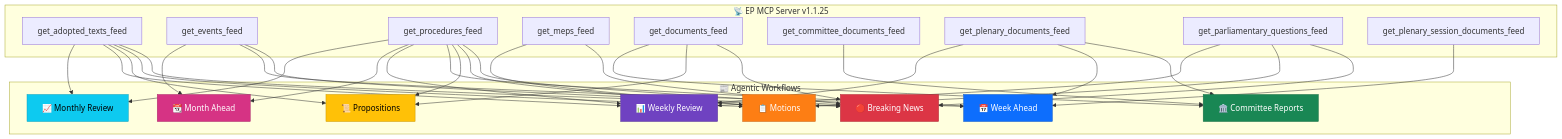
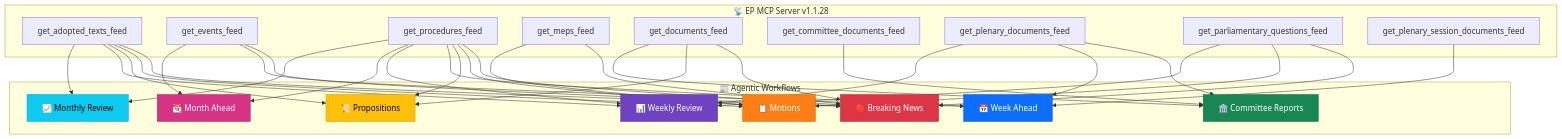
Before and after one commit to Hack23/euparliamentmonitor: the fifth of 7 diagrams in docs/api/media/README-3.md, drawn with Mermaid. The commit also changed other lines of this file and 1241 other files, not shown here.

````diff
--- a/docs/api/media/README-3.md
+++ b/docs/api/media/README-3.md
@@ -357,44 +497,44 @@
 ```mermaid
 flowchart TD
-    subgraph "📡 EP MCP Server v1.1.25"
+    subgraph "📡 EP MCP Server v1.1.28"
         F1["get_adopted_texts_feed"]
         F2["get_events_feed"]
         F3["get_procedures_feed"]
         F4["get_meps_feed"]
         F5["get_documents_feed"]
         F6["get_committee_documents_feed"]
         F7["get_plenary_documents_feed"]
         F8["get_parliamentary_questions_feed"]
         F9["get_plenary_session_documents_feed"]
     end
 
     subgraph "📰 Agentic Workflows"
         W1["🔴 Breaking News"]
         W2["📋 Motions"]
         W3["📜 Propositions"]
         W4["🏛️ Committee Reports"]
         W5["📅 Week Ahead"]
         W6["📊 Weekly Review"]
         W7["📆 Month Ahead"]
         W8["📈 Monthly Review"]
     end
 
     F1 --> W1 & W2 & W3 & W6 & W8
     F2 --> W1 & W5 & W7
     F3 --> W1 & W2 & W3 & W5 & W6 & W7 & W8
     F4 --> W1 & W2
     F5 --> W1 & W3 & W4
     F6 --> W4
     F7 --> W4 & W5 & W6
     F8 --> W1 & W2 & W6
     F9 --> W5
 
     style W1 fill:#dc3545,stroke:#b02a37,color:#fff
     style W2 fill:#fd7e14,stroke:#ca6510,color:#fff
     style W3 fill:#ffc107,stroke:#cc9a06,color:#000
     style W4 fill:#198754,stroke:#146c43,color:#fff
     style W5 fill:#0d6efd,stroke:#0a58ca,color:#fff
     style W6 fill:#6f42c1,stroke:#59359a,color:#fff
     style W7 fill:#d63384,stroke:#ab296a,color:#fff
     style W8 fill:#0dcaf0,stroke:#0aa2c0,color:#000
 ```
````
